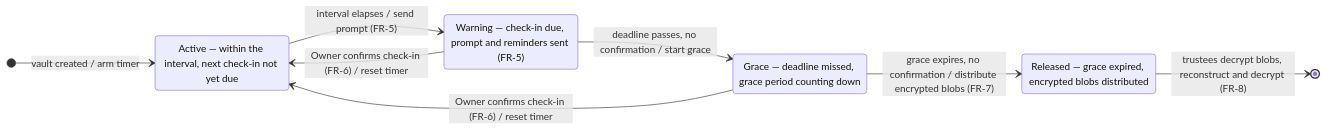
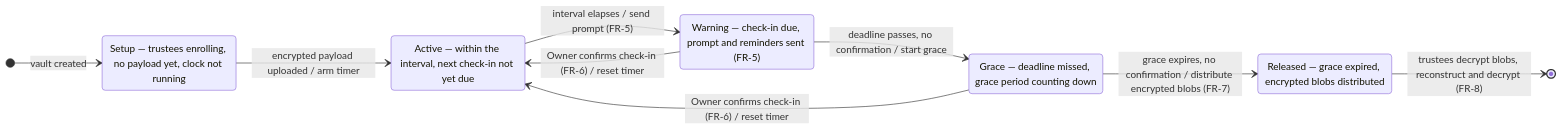
Before and after one commit to Pratham-90/ucs503p-aegis: the diagram in docs/diagrams/vault-lifecycle.md, drawn with Mermaid. The commit also changed other lines of this file and 16 other files, not shown here.

First line of the commit message:
docs(diagrams): sequence and data-model diagrams, deployment view, PNG export

````diff
--- a/docs/diagrams/vault-lifecycle.md
+++ b/docs/diagrams/vault-lifecycle.md
@@ -7,17 +7,19 @@
 ```mermaid
 stateDiagram-v2
     direction LR
 
+    state "Setup — trustees enrolling, no payload yet, clock not running" as Setup
     state "Active — within the interval, next check-in not yet due" as Active
     state "Warning — check-in due, prompt and reminders sent (FR-5)" as Warning
     state "Grace — deadline missed, grace period counting down" as Grace
     state "Released — grace expired, encrypted blobs distributed" as Released
 
-    [*] --> Active : vault created / arm timer
+    [*] --> Setup : vault created
+    Setup --> Active : encrypted payload uploaded / arm timer
     Active --> Warning : interval elapses / send prompt (FR-5)
     Warning --> Active : Owner confirms check-in (FR-6) / reset timer
     Warning --> Grace : deadline passes, no confirmation / start grace
     Grace --> Active : Owner confirms check-in (FR-6) / reset timer
     Grace --> Released : grace expires, no confirmation / distribute encrypted blobs (FR-7)
     Released --> [*] : trustees decrypt blobs, reconstruct and decrypt (FR-8)
 ```
````
